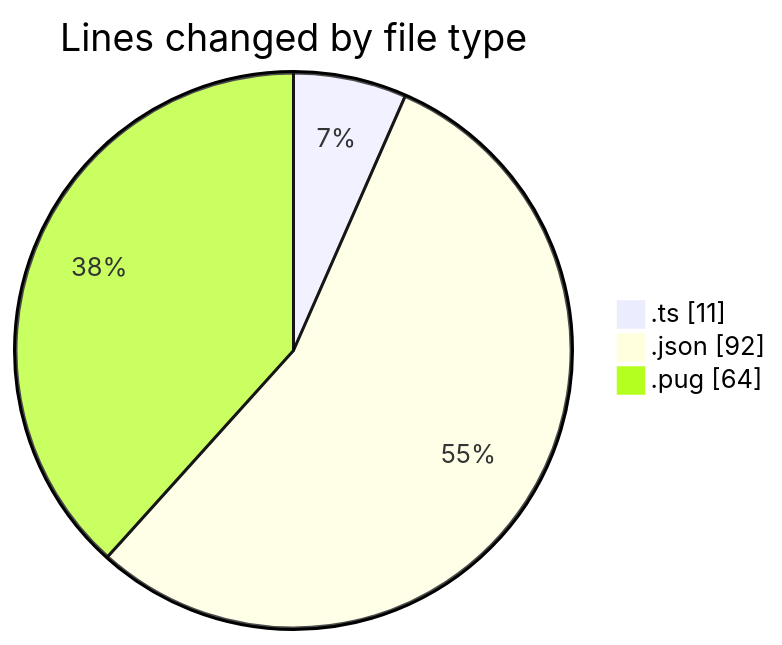
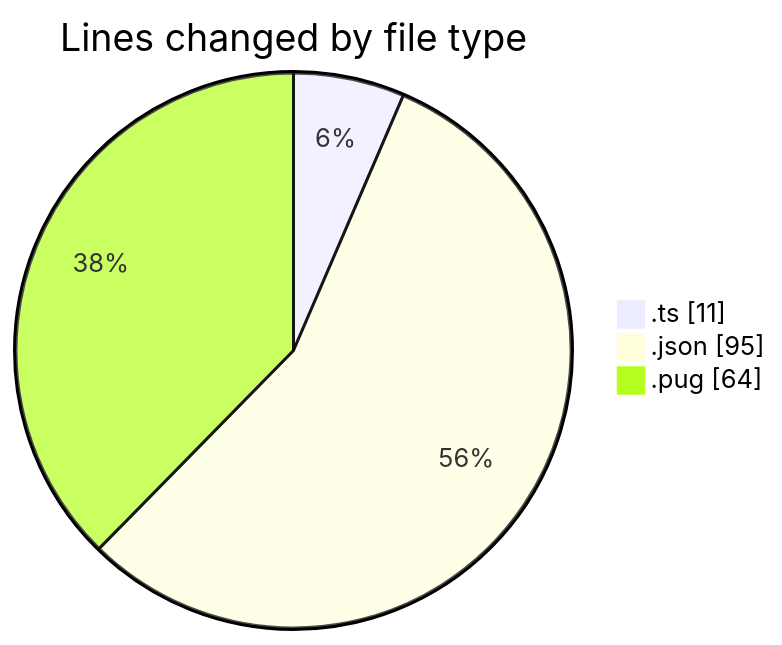
One commit to momahboobian/code-tracking changed the first of 2 diagrams in 2025-02-24/cda/README.md. Above: the diagram before and after it, drawn with Mermaid. The commit also changed other lines of this file and 1 other file, not shown here.

````diff
--- a/2025-02-24/cda/README.md
+++ b/2025-02-24/cda/README.md
@@ -26,7 +26,7 @@
 ```mermaid
 pie showData
 title Lines changed by file type
 ".ts" : 11
-".json" : 92
+".json" : 95
 ".pug" : 64
 ```
````
